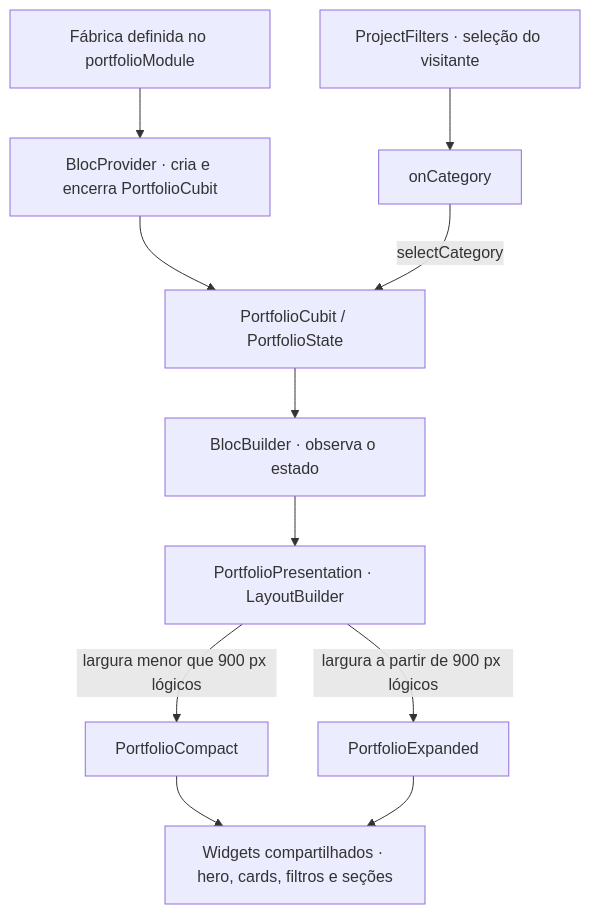
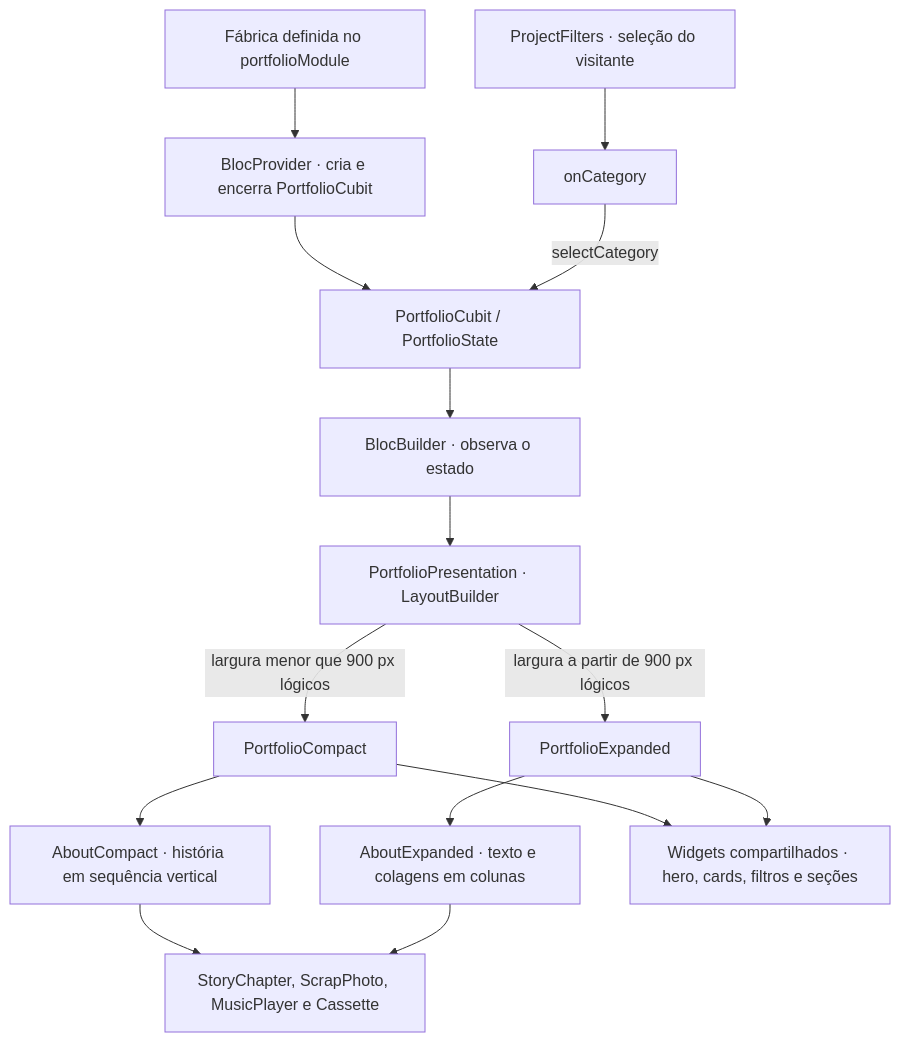
One commit to felippe-flutter-dev/my_portifolio changed the second of 2 diagrams in README.md. Above: the diagram before and after it, drawn with Mermaid. The commit also changed other lines of this file and 8 other files, not shown here.

````diff
--- a/README.md
+++ b/README.md
@@ -107,13 +121,17 @@
 ```mermaid
 flowchart TD
     FACTORY["Fábrica definida no portfolioModule"] --> PROVIDER["BlocProvider · cria e encerra PortfolioCubit"]
     PROVIDER --> CUBIT["PortfolioCubit / PortfolioState"]
     CUBIT --> BUILDER["BlocBuilder · observa o estado"]
     BUILDER --> LAYOUT["PortfolioPresentation · LayoutBuilder"]
     LAYOUT -->|"largura menor que 900 px lógicos"| MOBILE["PortfolioCompact"]
     LAYOUT -->|"largura a partir de 900 px lógicos"| WEB["PortfolioExpanded"]
+    MOBILE --> ABOUTC["AboutCompact · história em sequência vertical"]
+    WEB --> ABOUTE["AboutExpanded · texto e colagens em colunas"]
     MOBILE --> SHARED["Widgets compartilhados · hero, cards, filtros e seções"]
     WEB --> SHARED
+    ABOUTC --> PERSONAL["StoryChapter, ScrapPhoto, MusicPlayer e Cassette"]
+    ABOUTE --> PERSONAL
     FILTER["ProjectFilters · seleção do visitante"] --> CALLBACK["onCategory"]
     CALLBACK -->|"selectCategory"| CUBIT
 ```
````
